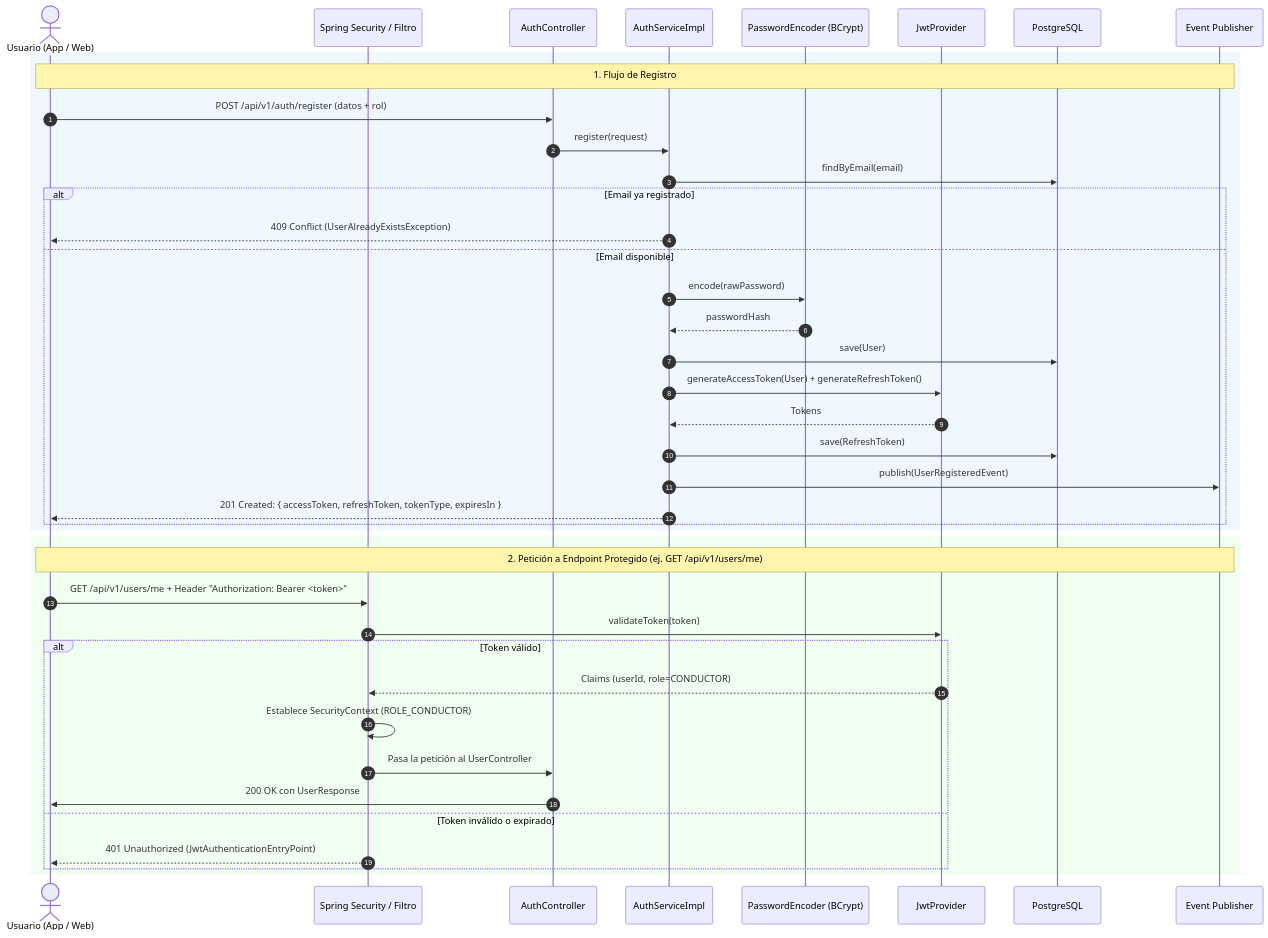
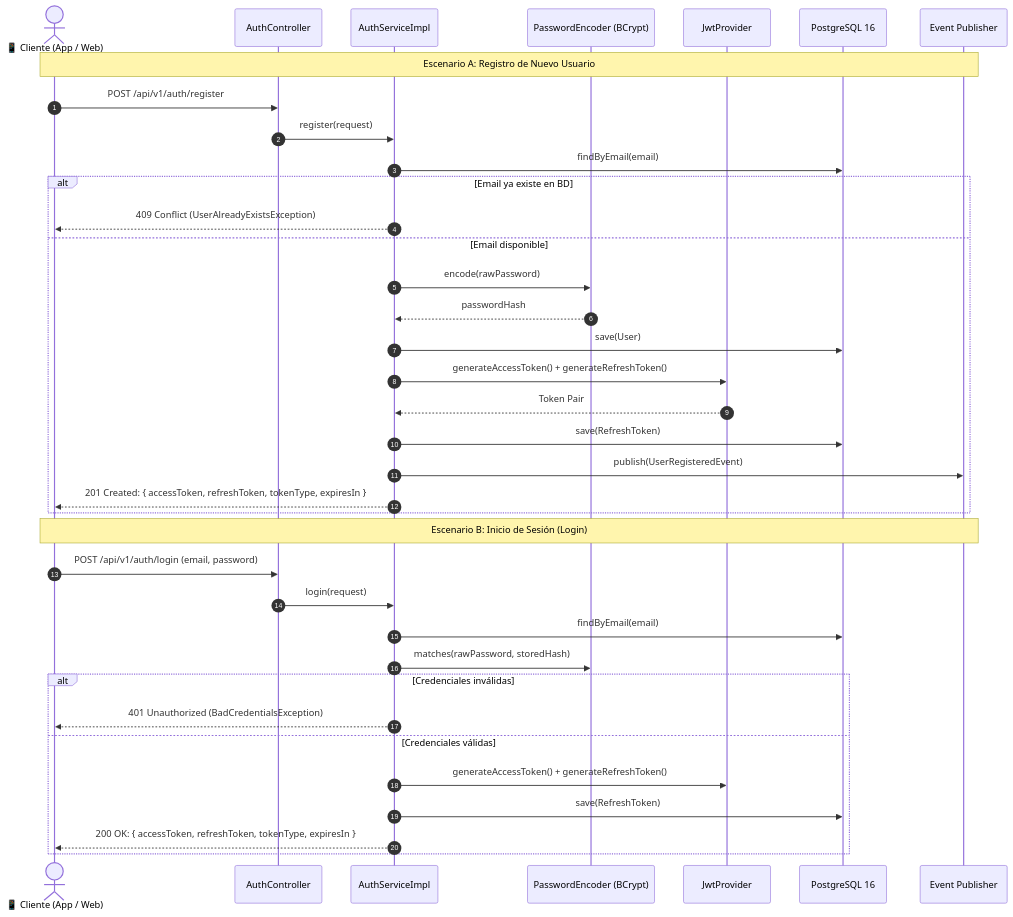
One commit to TRUCKDAR/User-Identity changed the third of 5 diagrams in README.md. Above: the diagram before and after it, drawn with Mermaid. The commit also changed other lines of this file, not shown here.

Commit message:
docs: fix Mermaid syntax for GitHub renderer and enhance diagram readability

````diff
--- a/README.md
+++ b/README.md
@@ -114,47 +104,43 @@
 ```mermaid
 sequenceDiagram
     autonumber
-    actor U as Usuario (App / Web)
-    participant SEC as Spring Security / Filtro
-    participant CTRL as AuthController
-    participant SVC as AuthServiceImpl
-    participant BC as PasswordEncoder (BCrypt)
-    participant JWT as JwtProvider
-    participant DB as PostgreSQL
-    participant BUS as Event Publisher
+    actor Cliente as 📱 Cliente (App / Web)
+    participant AuthCtrl as AuthController
+    participant AuthSvc as AuthServiceImpl
+    participant PassEnc as PasswordEncoder (BCrypt)
+    participant JwtProv as JwtProvider
+    participant DB as PostgreSQL 16
+    participant Bus as Event Publisher
 
-    %% Registro
-    rect rgb(240, 248, 255)
-    note over U,BUS: 1. Flujo de Registro
-    U->>CTRL: POST /api/v1/auth/register (datos + rol)
-    CTRL->>SVC: register(request)
-    SVC->>DB: findByEmail(email)
-    alt Email ya registrado
-        SVC-->>U: 409 Conflict (UserAlreadyExistsException)
+    %% Caso Registro
+    Note over Cliente,Bus: Escenario A: Registro de Nuevo Usuario
+    Cliente->>AuthCtrl: POST /api/v1/auth/register
+    AuthCtrl->>AuthSvc: register(request)
+    AuthSvc->>DB: findByEmail(email)
+    alt Email ya existe en BD
+        AuthSvc-->>Cliente: 409 Conflict (UserAlreadyExistsException)
     else Email disponible
-        SVC->>BC: encode(rawPassword)
-        BC-->>SVC: passwordHash
-        SVC->>DB: save(User)
-        SVC->>JWT: generateAccessToken(User) + generateRefreshToken()
-        JWT-->>SVC: Tokens
-        SVC->>DB: save(RefreshToken)
-        SVC->>BUS: publish(UserRegisteredEvent)
-        SVC-->>U: 201 Created: { accessToken, refreshToken, tokenType, expiresIn }
-    end
+        AuthSvc->>PassEnc: encode(rawPassword)
+        PassEnc-->>AuthSvc: passwordHash
+        AuthSvc->>DB: save(User)
+        AuthSvc->>JwtProv: generateAccessToken() + generateRefreshToken()
+        JwtProv-->>AuthSvc: Token Pair
+        AuthSvc->>DB: save(RefreshToken)
+        AuthSvc->>Bus: publish(UserRegisteredEvent)
+        AuthSvc-->>Cliente: 201 Created: { accessToken, refreshToken, tokenType, expiresIn }
     end
 
-    %% Petición Protegida
-    rect rgb(240, 255, 240)
-    note over U,BUS: 2. Petición a Endpoint Protegido (ej. GET /api/v1/users/me)
-    U->>SEC: GET /api/v1/users/me + Header "Authorization: Bearer <token>"
-    SEC->>JWT: validateToken(token)
-    alt Token válido
-        JWT-->>SEC: Claims (userId, role=CONDUCTOR)
-        SEC->>SEC: Establece SecurityContext (ROLE_CONDUCTOR)
-        SEC->>CTRL: Pasa la petición al UserController
-        CTRL->>U: 200 OK con UserResponse
-    else Token inválido o expirado
-        SEC-->>U: 401 Unauthorized (JwtAuthenticationEntryPoint)
-    end
+    %% Caso Login
+    Note over Cliente,Bus: Escenario B: Inicio de Sesión (Login)
+    Cliente->>AuthCtrl: POST /api/v1/auth/login (email, password)
+    AuthCtrl->>AuthSvc: login(request)
+    AuthSvc->>DB: findByEmail(email)
+    AuthSvc->>PassEnc: matches(rawPassword, storedHash)
+    alt Credenciales inválidas
+        AuthSvc-->>Cliente: 401 Unauthorized (BadCredentialsException)
+    else Credenciales válidas
+        AuthSvc->>JwtProv: generateAccessToken() + generateRefreshToken()
+        AuthSvc->>DB: save(RefreshToken)
+        AuthSvc-->>Cliente: 200 OK: { accessToken, refreshToken, tokenType, expiresIn }
     end
 ```
````
